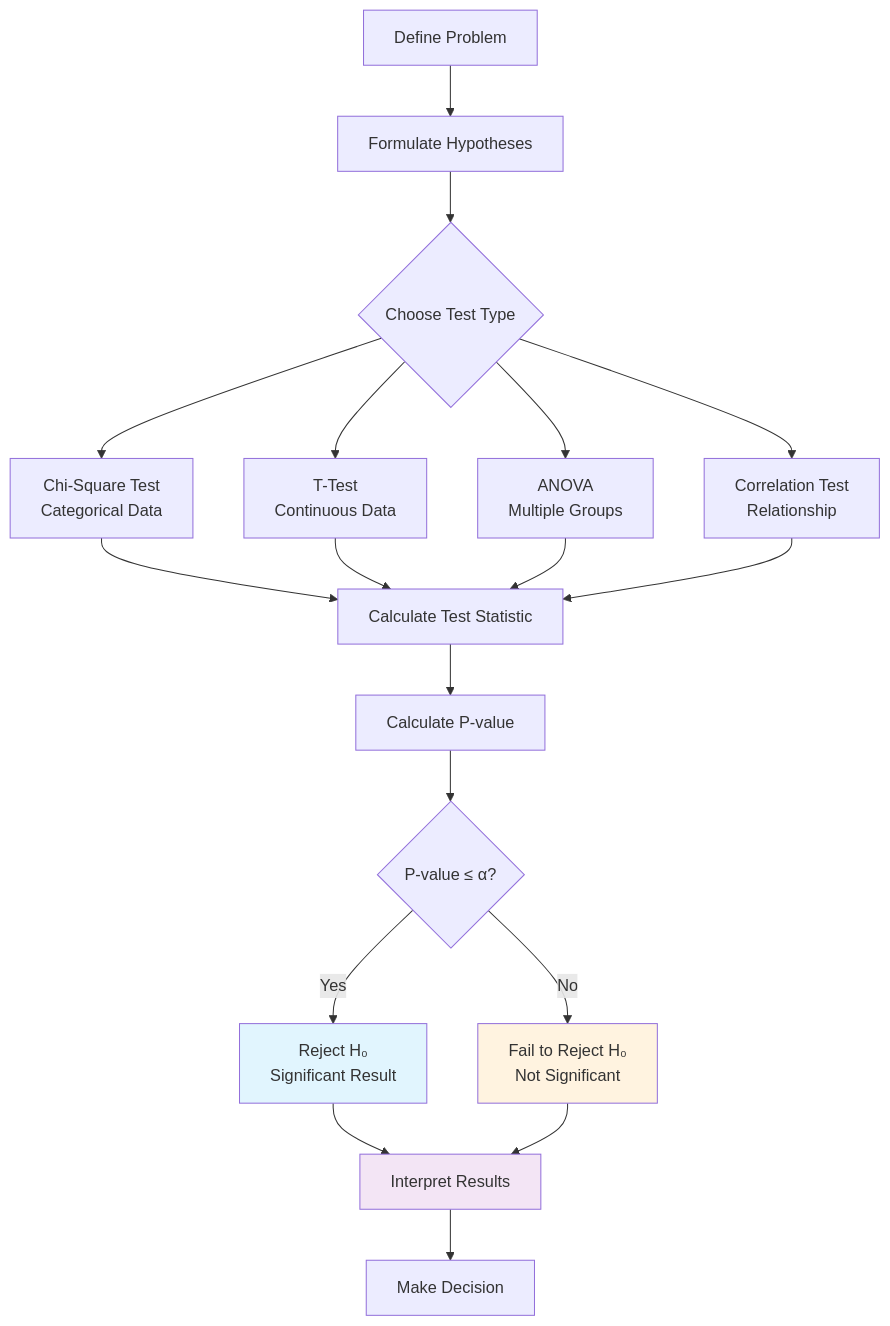
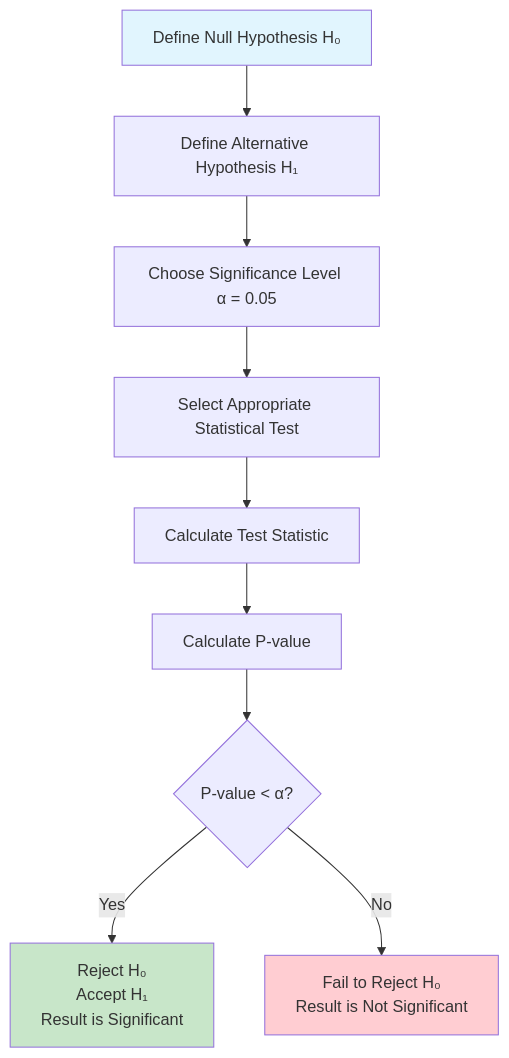
The first of 3 diagrams in README.MD (dhruvsh1997/Hypothesis-Testing-in-Machine-Learning), drawn with Mermaid before and after one commit. The commit also changed other lines of this file, not shown here.

````diff
--- a/README.MD
+++ b/README.MD
@@ -26,24 +33,15 @@
 ```mermaid
 flowchart TD
-    A[Define Problem] --> B[Formulate Hypotheses]
-    B --> C{Choose Test Type}
-    C --> D[Chi-Square Test<br/>Categorical Data]
-    C --> E[T-Test<br/>Continuous Data]
-    C --> F[ANOVA<br/>Multiple Groups]
-    C --> G[Correlation Test<br/>Relationship]
-    D --> H[Calculate Test Statistic]
-    E --> H
-    F --> H
-    G --> H
-    H --> I[Calculate P-value]
-    I --> J{P-value ≤ α?}
-    J -->|Yes| K[Reject H₀<br/>Significant Result]
-    J -->|No| L[Fail to Reject H₀<br/>Not Significant]
-    K --> M[Interpret Results]
-    L --> M
-    M --> N[Make Decision]
+    A[Define Null Hypothesis H₀] --> B[Define Alternative Hypothesis H₁]
+    B --> C[Choose Significance Level α = 0.05]
+    C --> D[Select Appropriate Statistical Test]
+    D --> E[Calculate Test Statistic]
+    E --> F[Calculate P-value]
+    F --> G{P-value < α?}
+    G -->|Yes| H[Reject H₀<br/>Accept H₁<br/>Result is Significant]
+    G -->|No| I[Fail to Reject H₀<br/>Result is Not Significant]
     
-    style K fill:#e1f5fe
-    style L fill:#fff3e0
-    style M fill:#f3e5f5
+    style A fill:#e1f5fe
+    style H fill:#c8e6c9
+    style I fill:#ffcdd2
 ```
````
